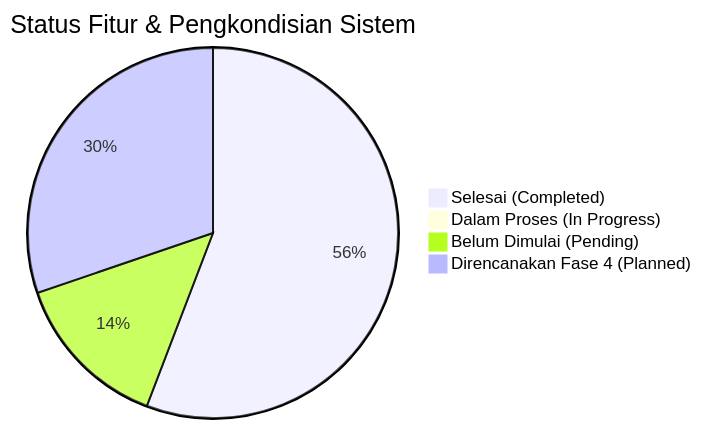
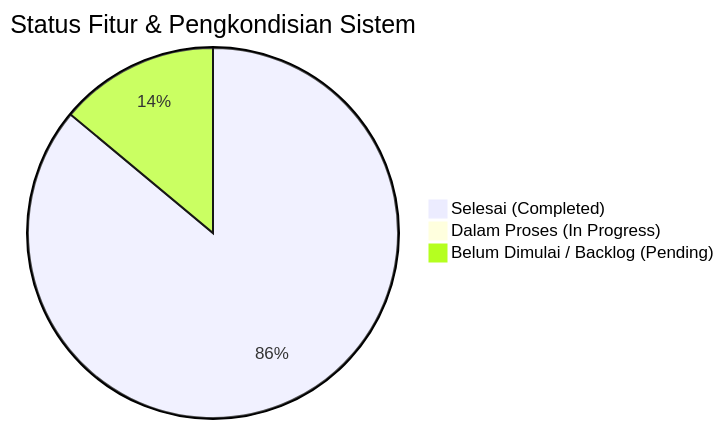
Before and after one commit to 4lliiifffff/pengembangan-presensi-pkbmpikat: the diagram in docs/progress_pengembangan_sistem_presensi.md, drawn with Mermaid. The commit also changed other lines of this file and 17 other files, not shown here.

````diff
--- a/docs/progress_pengembangan_sistem_presensi.md
+++ b/docs/progress_pengembangan_sistem_presensi.md
@@ -12,7 +12,6 @@
 ```mermaid
 pie title Status Fitur & Pengkondisian Sistem
-    "Selesai (Completed)" : 24
+    "Selesai (Completed)" : 37
     "Dalam Proses (In Progress)" : 0
-    "Belum Dimulai (Pending)" : 6
-    "Direncanakan Fase 4 (Planned)" : 13
+    "Belum Dimulai / Backlog (Pending)" : 6
 ```
````
